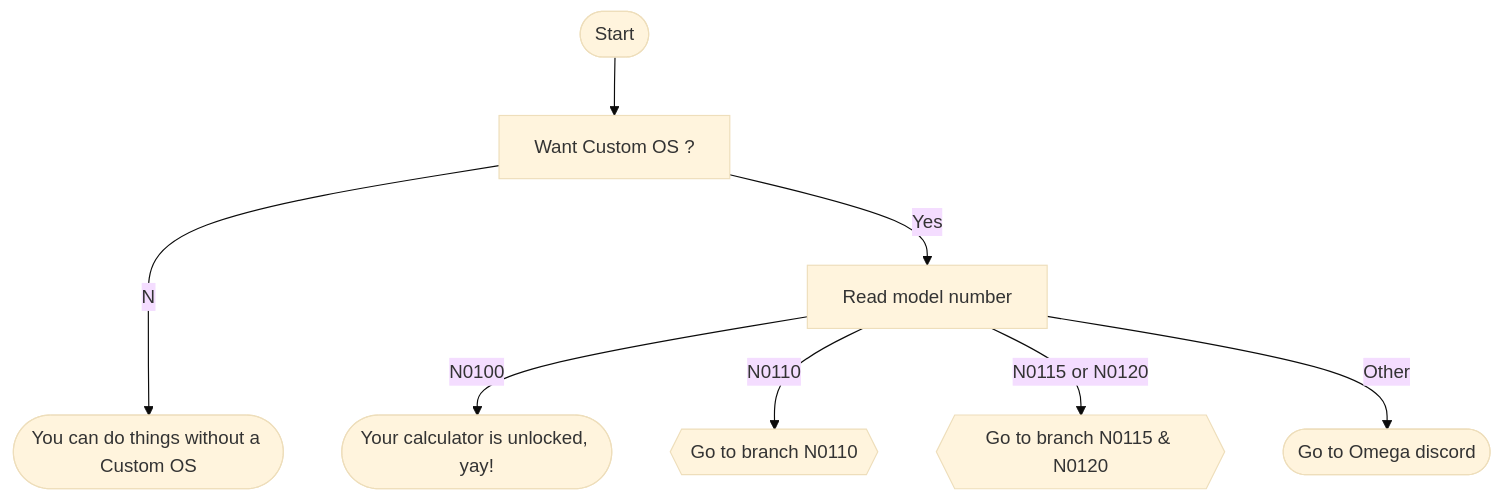
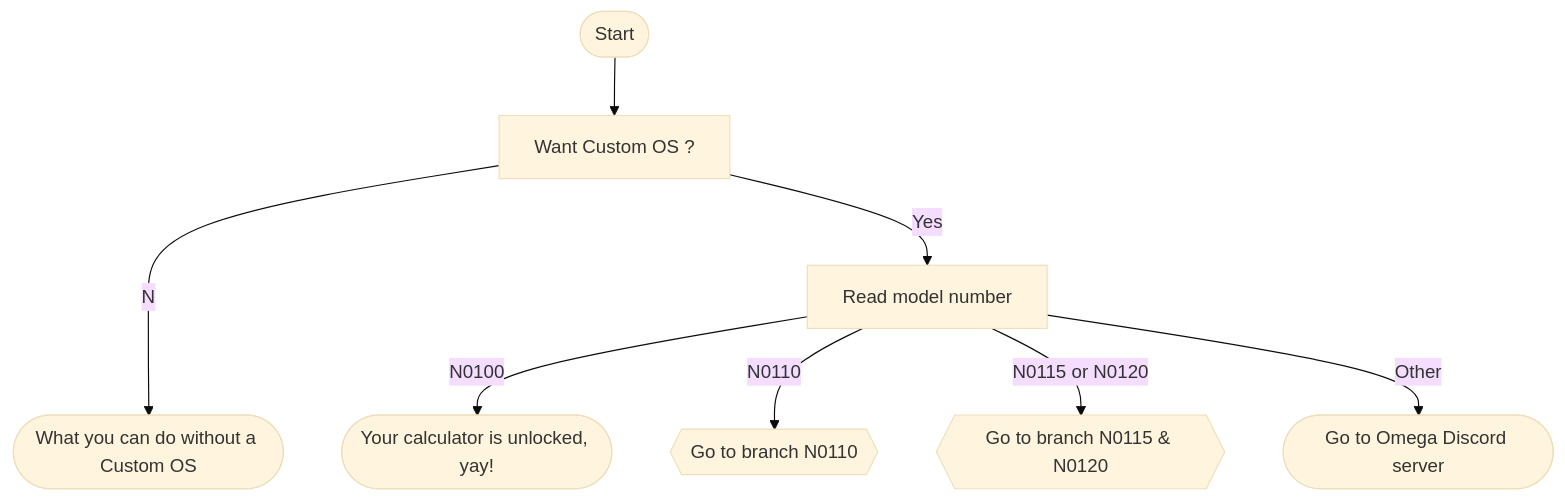
Before and after one commit to Omega-Numworks/Omega-Guide: the first of 3 diagrams in docs/flowchart.md, drawn with Mermaid (base theme). The commit also changed other lines of this file and 21 other files, not shown here.

````diff
--- a/docs/flowchart.md
+++ b/docs/flowchart.md
@@ -14,21 +10,21 @@
 ```mermaid
 flowchart TD
     calc_unlocked([Your calculator is unlocked, yay!])
-    calc_locked([You can do things without a Custom OS])
+    calc_locked([What you can do without a Custom OS])
     start([Start]) --> want_cfw[Want Custom OS ?]
     want_cfw --No--> calc_locked
     want_cfw --Yes--> model_number[Read model number]
     
     
     model_number --N0100--> calc_unlocked
     model_number --N0110--> branch_N0110{{Go to branch N0110}}
     model_number --N0115 or N0120--> branch_new_calcs{{Go to branch N0115 & N0120}}
-    model_number --Other--> goto_discord([Go to Omega discord])
+    model_number --Other--> goto_discord([Go to Omega Discord server])
 
     click model_number "./intro"
     click calc_locked "./no-custom/what-to-do-locked"
     click calc_unlocked "./cfw/choose-a-cfw"
     click goto_discord "https://discord.gg/X2TWhh9"
     click branch_N0110 "#n0110"
     click branch_new_calcs "#new-calcs"
 ```
````
